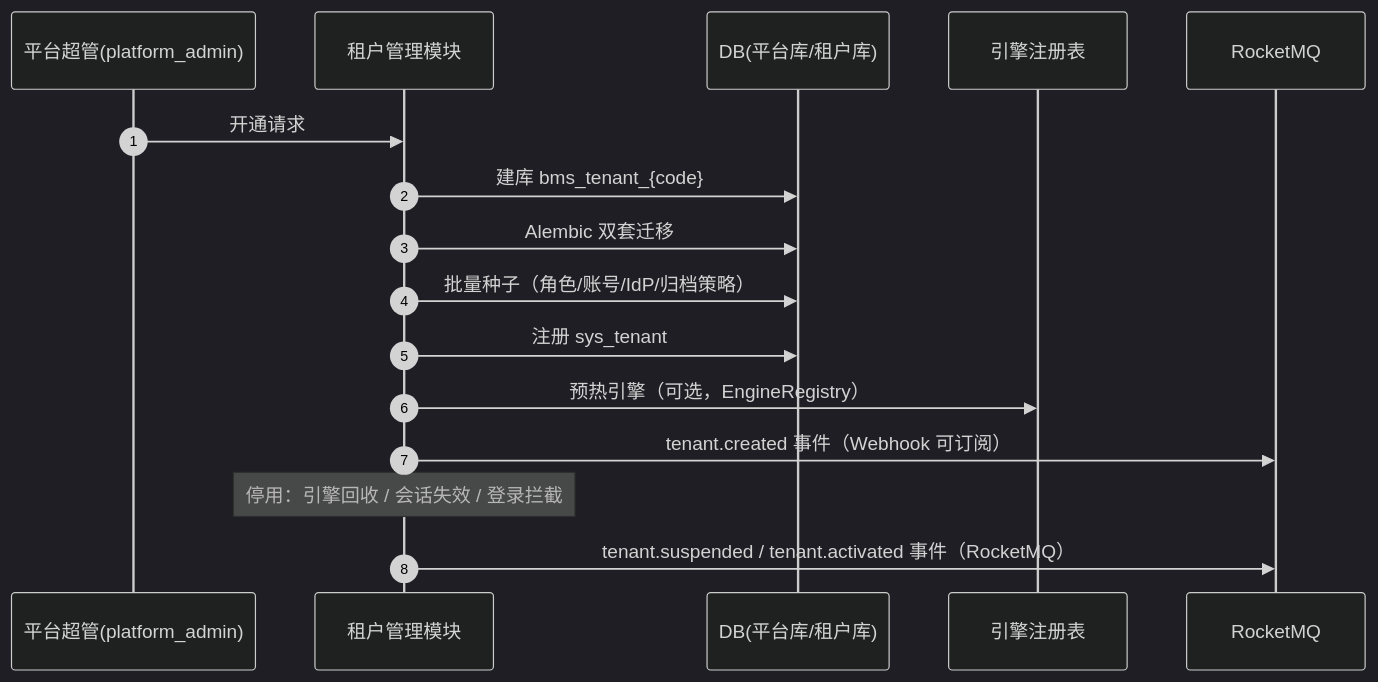
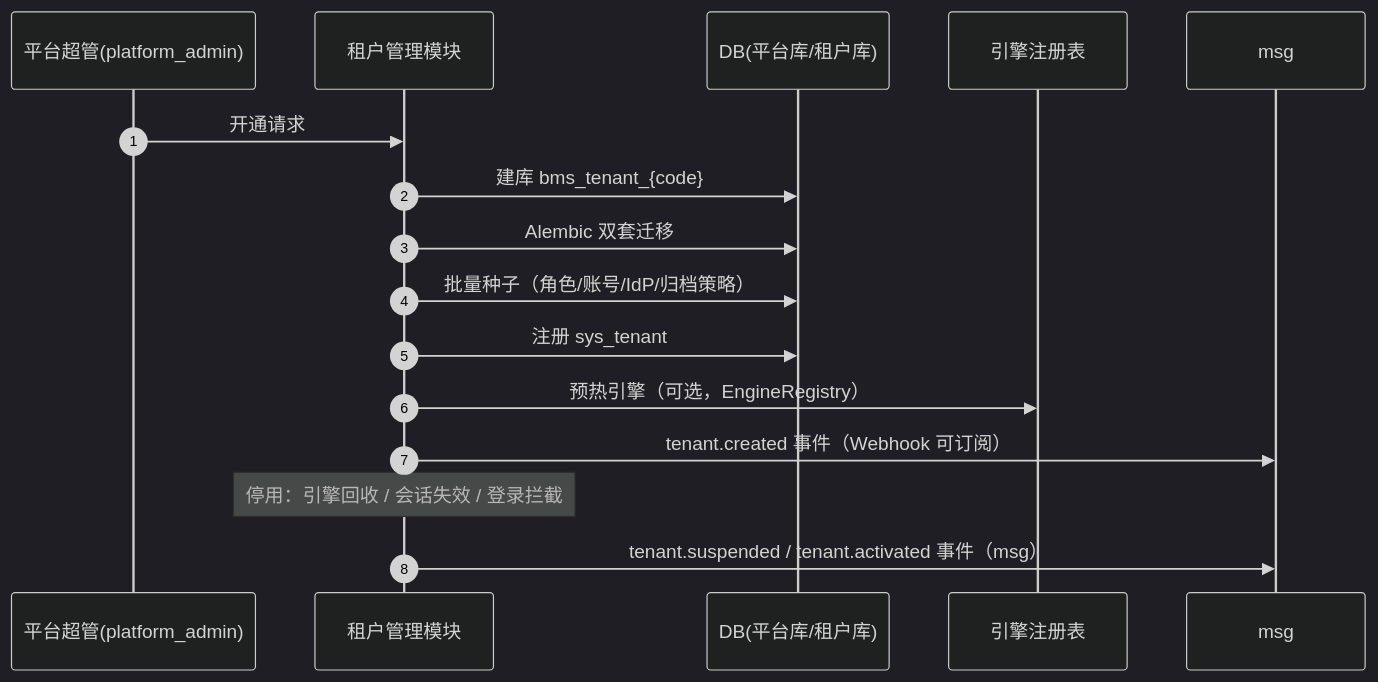
One commit to minjian123/basic-management-system changed the diagram in bms文档/设计/概要设计/25_概要设计_租户管理.md. Above: the diagram before and after it, drawn with Mermaid (dark theme). The commit also changed 118 other files, not shown here.

````diff
--- a/bms文档/设计/概要设计/25_概要设计_租户管理.md
+++ b/bms文档/设计/概要设计/25_概要设计_租户管理.md
@@ -57,19 +57,19 @@
 ```mermaid
 sequenceDiagram
     autonumber
     participant 超管 as 平台超管(platform_admin)
     participant 租管 as 租户管理模块
     participant DB as DB(平台库/租户库)
     participant 引擎 as 引擎注册表
-    participant MQ as RocketMQ
+    participant MQ as msg
 
     超管->>租管: 开通请求
     租管->>DB: 建库 bms_tenant_{code}
     租管->>DB: Alembic 双套迁移
     租管->>DB: 批量种子（角色/账号/IdP/归档策略）
     租管->>DB: 注册 sys_tenant
     租管->>引擎: 预热引擎（可选，EngineRegistry）
     租管->>MQ: tenant.created 事件（Webhook 可订阅）
     Note over 租管: 停用：引擎回收 / 会话失效 / 登录拦截
-    租管->>MQ: tenant.suspended / tenant.activated 事件（RocketMQ）
+    租管->>MQ: tenant.suspended / tenant.activated 事件（msg）
 ```
````
